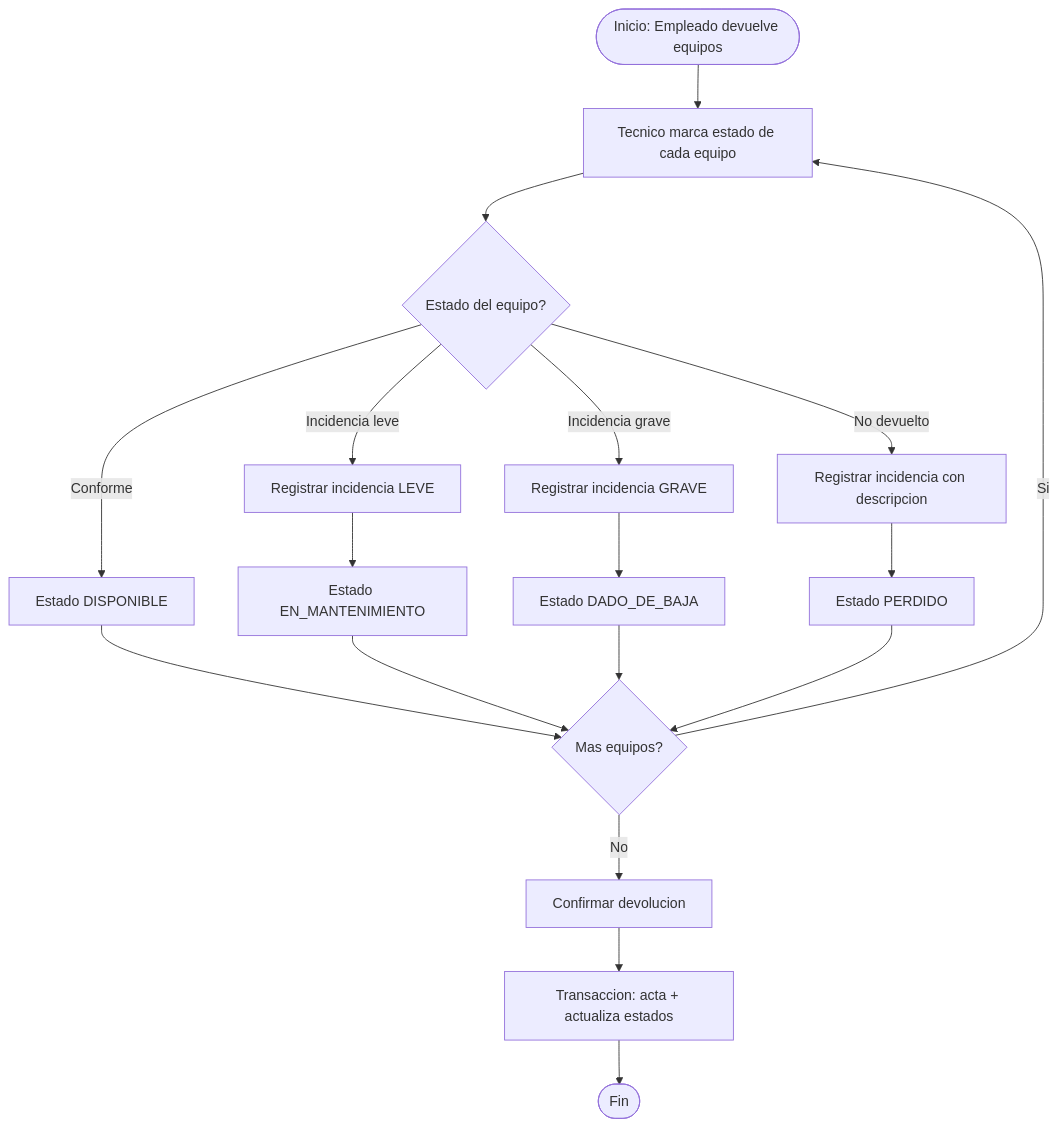
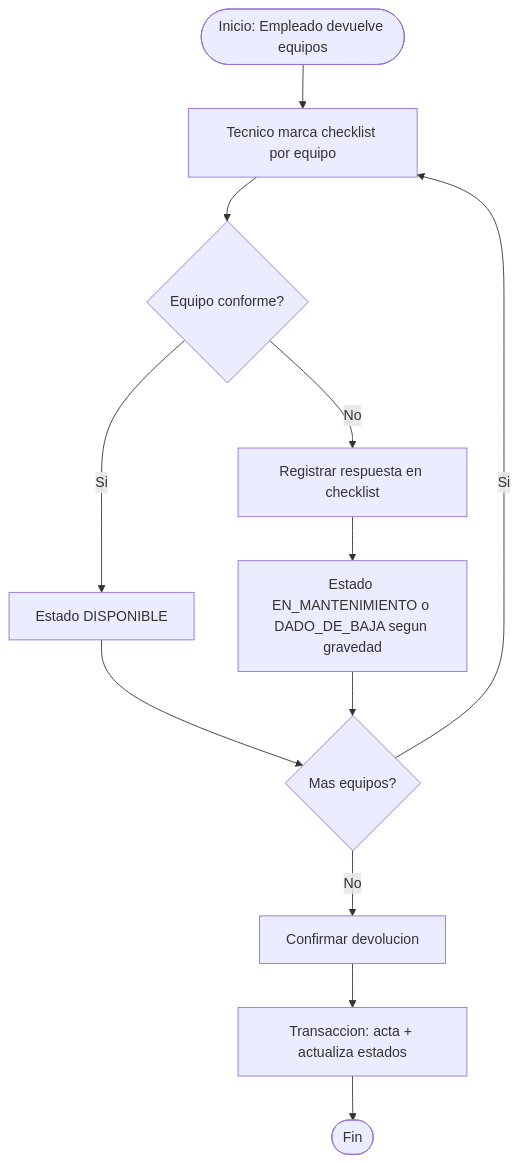
The third of 5 diagrams in docs/architecture.md (Kaito740/EquipManager), drawn with Mermaid before and after one commit. The commit also changed other lines of this file, not shown here.

Commit message:
Update architecture docs: fix devolucion flow and estados transitions

````diff
--- a/docs/architecture.md
+++ b/docs/architecture.md
@@ -50,20 +50,14 @@
 ```mermaid
 flowchart TD
-    A([Inicio: Empleado devuelve equipos]) --> B[Tecnico marca estado de cada equipo]
-    B --> C{Estado del equipo?}
-    C -->|Conforme| D[Estado DISPONIBLE]
-    C -->|Incidencia leve| E[Registrar incidencia LEVE]
-    E --> F[Estado EN_MANTENIMIENTO]
-    C -->|Incidencia grave| G[Registrar incidencia GRAVE]
-    G --> H[Estado DADO_DE_BAJA]
-    C -->|No devuelto| I[Registrar incidencia con descripcion]
-    I --> J[Estado PERDIDO]
-    D --> K{Mas equipos?}
-    F --> K
-    H --> K
-    J --> K
-    K -->|Si| B
-    K -->|No| L[Confirmar devolucion]
-    L --> M[Transaccion: acta + actualiza estados]
-    M --> N([Fin])
+    A([Inicio: Empleado devuelve equipos]) --> B[Tecnico marca checklist por equipo]
+    B --> C{Equipo conforme?}
+    C -->|Si| D[Estado DISPONIBLE]
+    C -->|No| E[Registrar respuesta en checklist]
+    E --> F[Estado EN_MANTENIMIENTO o DADO_DE_BAJA segun gravedad]
+    D --> G{Mas equipos?}
+    F --> G
+    G -->|Si| B
+    G -->|No| H[Confirmar devolucion]
+    H --> I[Transaccion: acta + actualiza estados]
+    I --> J([Fin])
 ```
````
